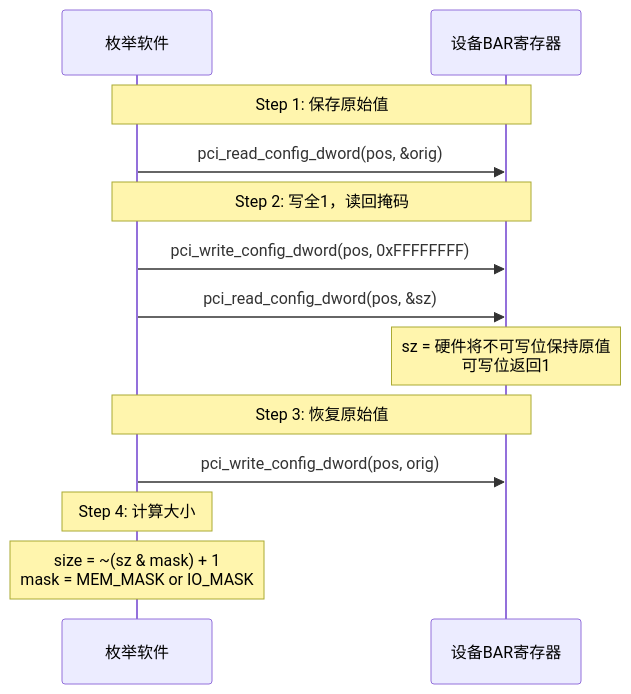
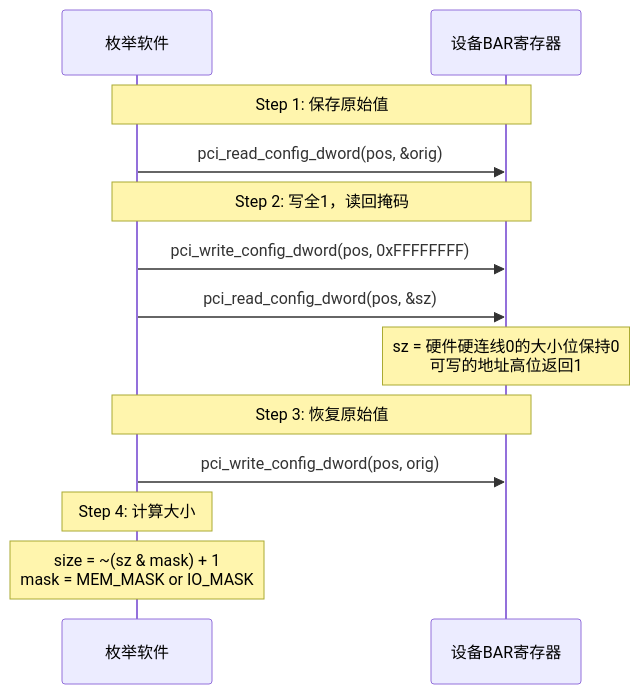
The third of 6 diagrams in pcie/bar-resource-allocation.md (swjtuer326/cs-learning-notes), drawn with Mermaid before and after one commit. The commit also changed other lines of this file and 10 other files, not shown here.

````diff
--- a/pcie/bar-resource-allocation.md
+++ b/pcie/bar-resource-allocation.md
@@ -216,20 +218,20 @@
 ```mermaid
 %%{init: {"theme": "base", "themeVariables": {"primaryColor": "#f8fafc", "primaryTextColor": "#1e293b", "primaryBorderColor": "#475569", "lineColor": "#64748b", "secondaryColor": "#f1f5f9", "secondaryBorderColor": "#94a3b8", "tertiaryColor": "#f8fafc", "fontFamily": "'trebuchet ms', verdana, arial, sans-serif"}}}%%
 sequenceDiagram
     participant SW as 枚举软件
     participant BAR as 设备BAR寄存器
 
     Note over SW,BAR: Step 1: 保存原始值
     SW->>BAR: pci_read_config_dword(pos, &orig)
 
     Note over SW,BAR: Step 2: 写全1，读回掩码
     SW->>BAR: pci_write_config_dword(pos, 0xFFFFFFFF)
     SW->>BAR: pci_read_config_dword(pos, &sz)
-    Note over BAR: sz = 硬件将不可写位保持原值<br/>可写位返回1
+    Note over BAR: sz = 硬件硬连线0的大小位保持0<br/>可写的地址高位返回1
 
     Note over SW,BAR: Step 3: 恢复原始值
     SW->>BAR: pci_write_config_dword(pos, orig)
 
     Note over SW: Step 4: 计算大小
     Note over SW: size = ~(sz & mask) + 1<br/>mask = MEM_MASK or IO_MASK
 ```
````
